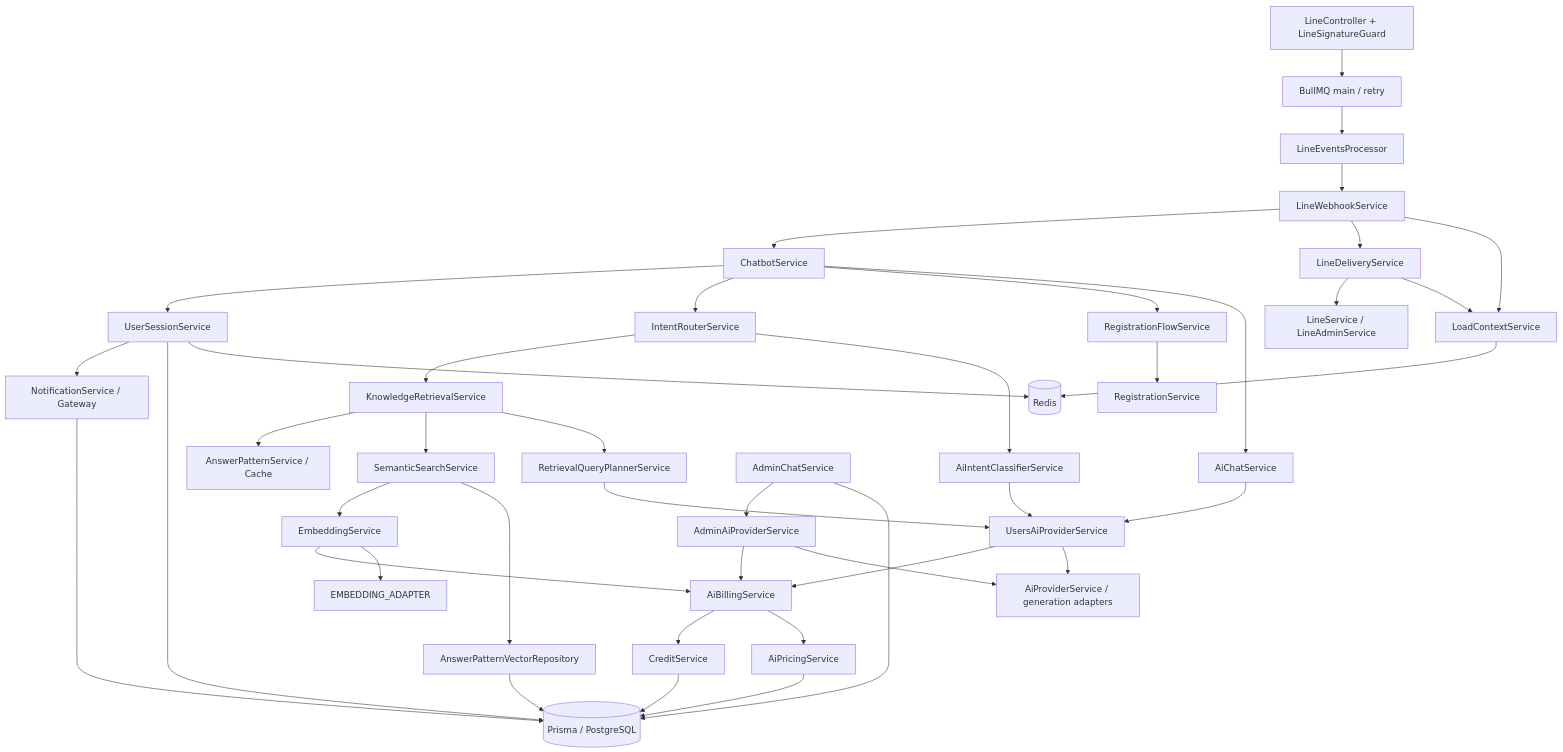
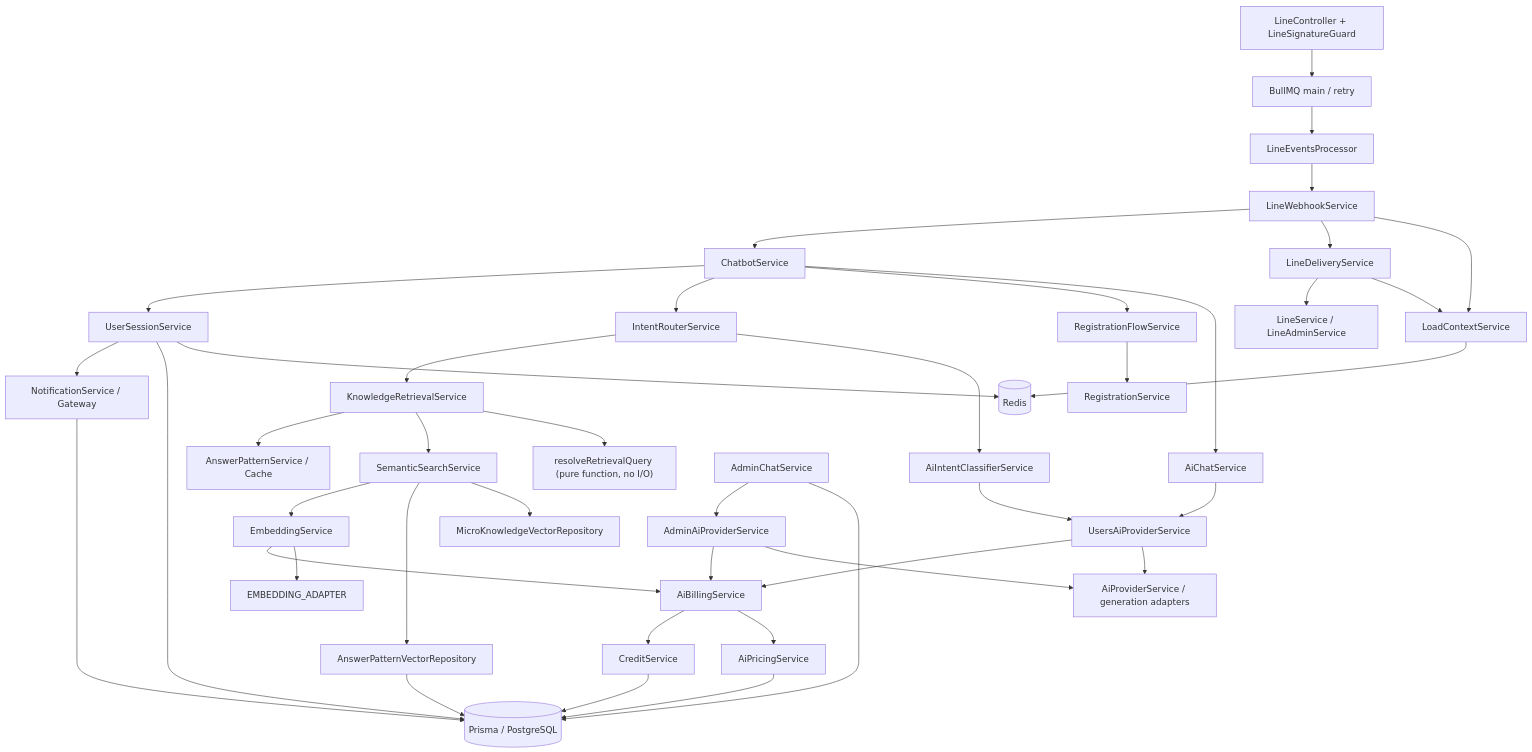
Before and after one commit to Codeine999/chatbot-agents: the diagram in docs/service-flow.md, drawn with Mermaid. The commit also changed other lines of this file and 57 other files, not shown here.

````diff
--- a/docs/service-flow.md
+++ b/docs/service-flow.md
@@ -9,44 +9,44 @@
 ```mermaid
 flowchart TD
     LC["LineController + LineSignatureGuard"] --> Q["BullMQ main / retry"]
     Q --> EP["LineEventsProcessor"]
     EP --> WH["LineWebhookService"]
     WH --> CB["ChatbotService"]
     WH --> DL["LineDeliveryService"]
     WH --> CTX["LoadContextService"]
     CB --> SS["UserSessionService"]
     SS --> NS["NotificationService / Gateway"]
     CB --> IR["IntentRouterService"]
     CB --> REG["RegistrationFlowService"]
     REG --> RS["RegistrationService"]
     IR --> KR["KnowledgeRetrievalService"]
     IR --> IC["AiIntentClassifierService"]
     KR --> KW["AnswerPatternService / Cache"]
     KR --> SEM["SemanticSearchService"]
-    KR --> PL["RetrievalQueryPlannerService"]
+    KR --> PL["resolveRetrievalQuery (pure function, no I/O)"]
     SEM --> EMB["EmbeddingService"]
     SEM --> V["AnswerPatternVectorRepository"]
+    SEM --> MV["MicroKnowledgeVectorRepository"]
     CB --> AC["AiChatService"]
     AC --> UP["UsersAiProviderService"]
     IC --> UP
-    PL --> UP
     ADM["AdminChatService"] --> AP["AdminAiProviderService"]
     UP --> BILL["AiBillingService"]
     AP --> BILL
     EMB --> BILL
     BILL --> CR["CreditService"]
     BILL --> PR["AiPricingService"]
     UP --> PS["AiProviderService / generation adapters"]
     AP --> PS
     EMB --> EA["EMBEDDING_ADAPTER"]
     DL --> L["LineService / LineAdminService"]
     DL --> CTX
     CR --> PG[("Prisma / PostgreSQL")]
     PR --> PG
     V --> PG
     ADM --> PG
     NS --> PG
     SS --> PG
     CTX --> REDIS[("Redis")]
     SS --> REDIS
 ```
````
